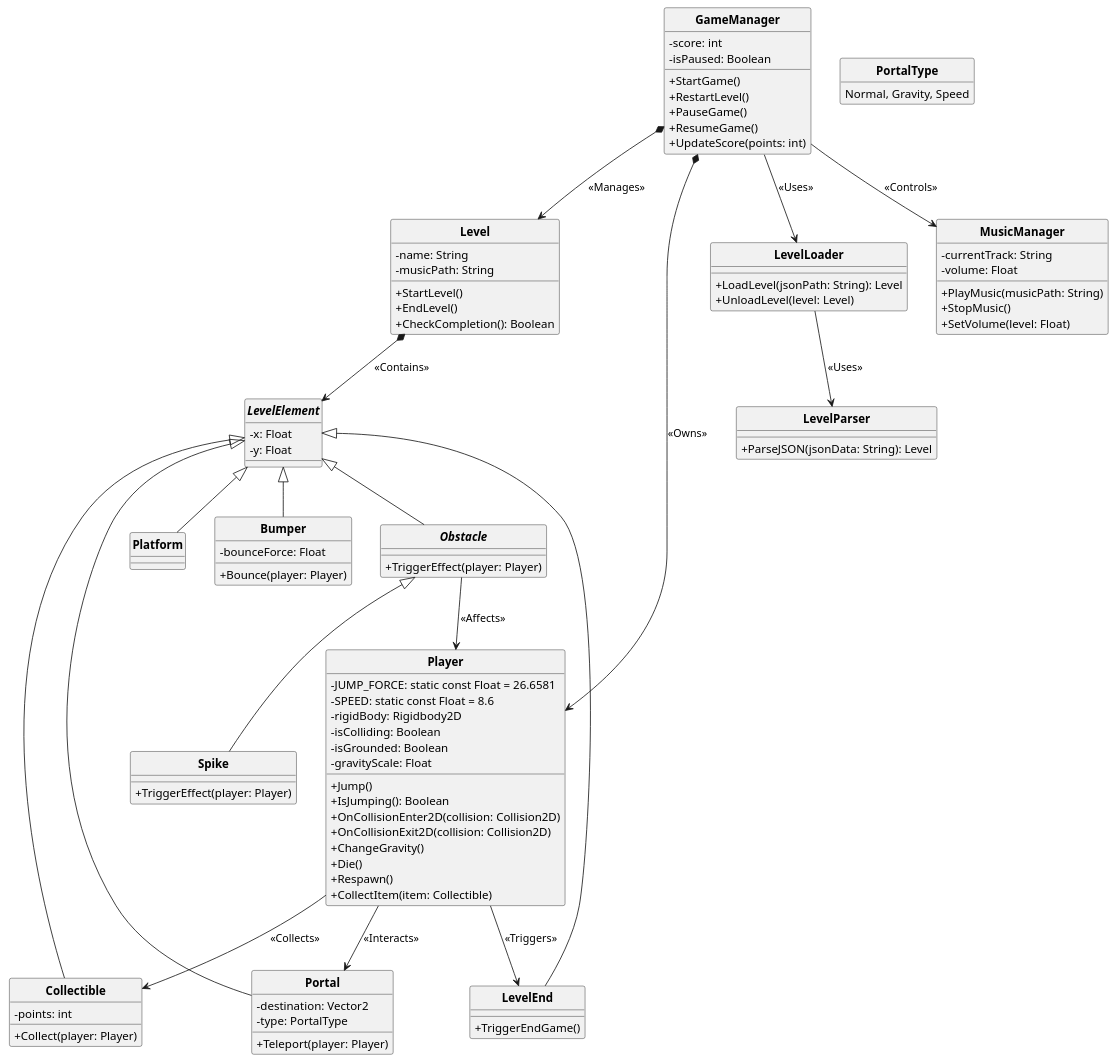
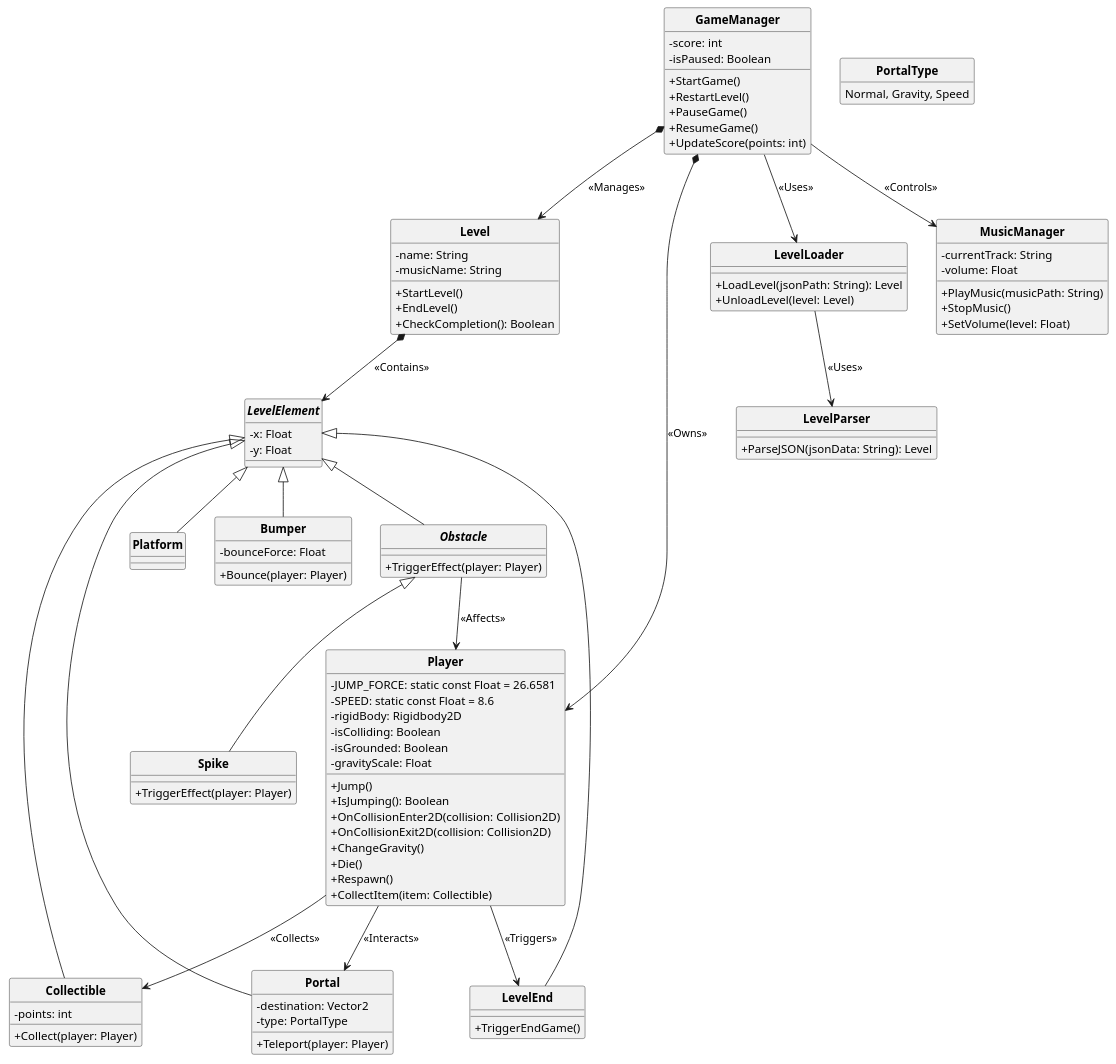
The diagram in Documentation/UML/class-diagram.puml (boudji-ludwig-pett/cnam-geometry-dash), drawn with PlantUML before and after one commit. The commit also changed 8 other files, not shown here.

```diff
--- a/Documentation/UML/class-diagram.puml
+++ b/Documentation/UML/class-diagram.puml
@@ -1,111 +1,111 @@
 @startuml Geometry Dash - Diagramme de classe
 
 skinparam style strictuml
 skinparam classAttributeIconSize 0
 skinparam classFontStyle Bold
 hide enum methods
 
 class GameManager {
   - score: int
   - isPaused: Boolean
   + StartGame()
   + RestartLevel()
   + PauseGame()
   + ResumeGame()
   + UpdateScore(points: int)
 }
 
 class Level {
   - name: String
-  - musicPath: String
+  - musicName: String
   + StartLevel()
   + EndLevel()
   + CheckCompletion(): Boolean
 }
 
 abstract class LevelElement {
   - x: Float
   - y: Float
 }
 
 abstract class Obstacle extends LevelElement {
   + TriggerEffect(player: Player)
 }
 
 class Platform extends LevelElement {
 }
 
 class Spike extends Obstacle {
   + TriggerEffect(player: Player)
 }
 
 class Portal extends LevelElement {
   - destination: Vector2
   - type: PortalType
   + Teleport(player: Player)
 }
 
 enum PortalType {
   Normal, Gravity, Speed
 }
 
 class Bumper extends LevelElement {
   - bounceForce: Float
   + Bounce(player: Player)
 }
 
 class LevelEnd extends LevelElement {
   + TriggerEndGame()
 }
 
 class Collectible extends LevelElement {
   - points: int
   + Collect(player: Player)
 }
 
 class Player {
   - JUMP_FORCE: static const Float = 26.6581
   - SPEED: static const Float = 8.6
   - rigidBody: Rigidbody2D
   - isColliding: Boolean
   - isGrounded: Boolean
   - gravityScale: Float
   + Jump()
   + IsJumping(): Boolean
   + OnCollisionEnter2D(collision: Collision2D)
   + OnCollisionExit2D(collision: Collision2D)
   + ChangeGravity()
   + Die()
   + Respawn()
   + CollectItem(item: Collectible)
 }
 
 class LevelLoader {
   + LoadLevel(jsonPath: String): Level
   + UnloadLevel(level: Level)
 }
 
 class LevelParser {
   + ParseJSON(jsonData: String): Level
 }
 
 class MusicManager {
   - currentTrack: String
   - volume: Float
   + PlayMusic(musicPath: String)
   + StopMusic()
   + SetVolume(level: Float)
 }
 
 GameManager *--> Level : <<Manages>>
 GameManager --> LevelLoader : <<Uses>>
 LevelLoader --> LevelParser : <<Uses>>
 Level *--> LevelElement : <<Contains>>
 GameManager *--> Player : <<Owns>>
 GameManager --> MusicManager : <<Controls>>
 Player --> LevelEnd : <<Triggers>>
 Player --> Portal : <<Interacts>>
 Player --> Collectible : <<Collects>>
 Obstacle --> Player : <<Affects>>
 
 @enduml
```
